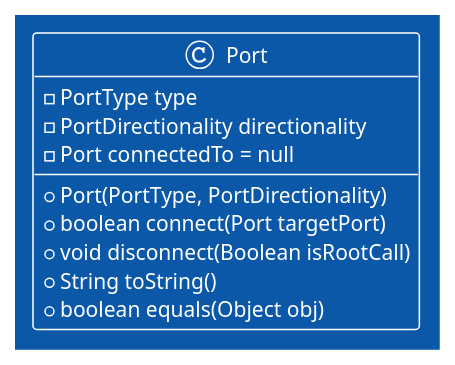
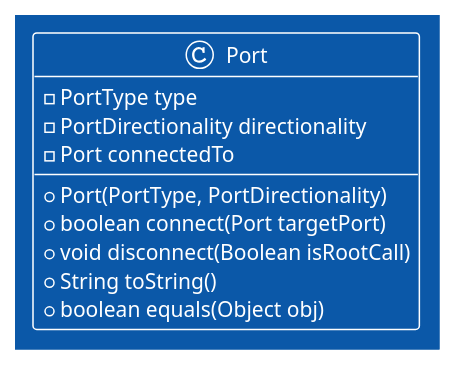
Before and after one commit to 101010101010101011010/ObjetSimple: the diagram in Port.puml, drawn with PlantUML. The commit also changed 1 other file, not shown here.

```diff
--- a/Port.puml
+++ b/Port.puml
@@ -1,16 +1,16 @@
 @startuml Port
 !theme amiga
 
 class Port {
   - PortType type
   - PortDirectionality directionality
-  - Port connectedTo = null
+  - Port connectedTo
 
   + Port(PortType, PortDirectionality)
   + boolean connect(Port targetPort)
   + void disconnect(Boolean isRootCall)
   + String toString()
   + boolean equals(Object obj)
 }
 
 @enduml
```
